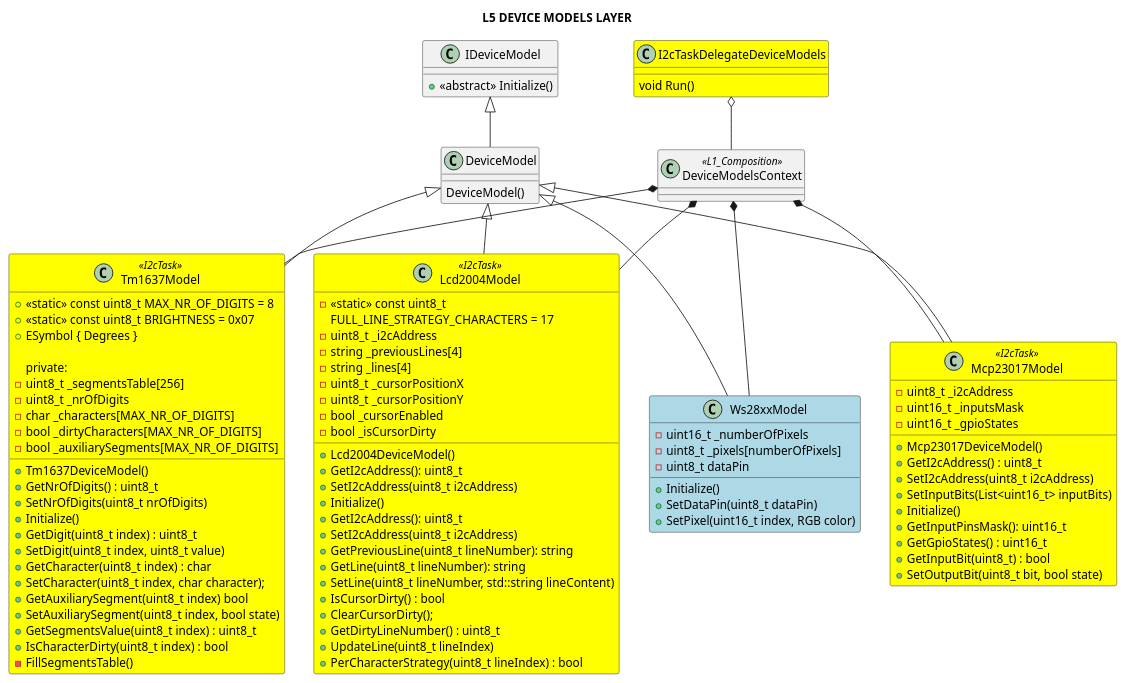
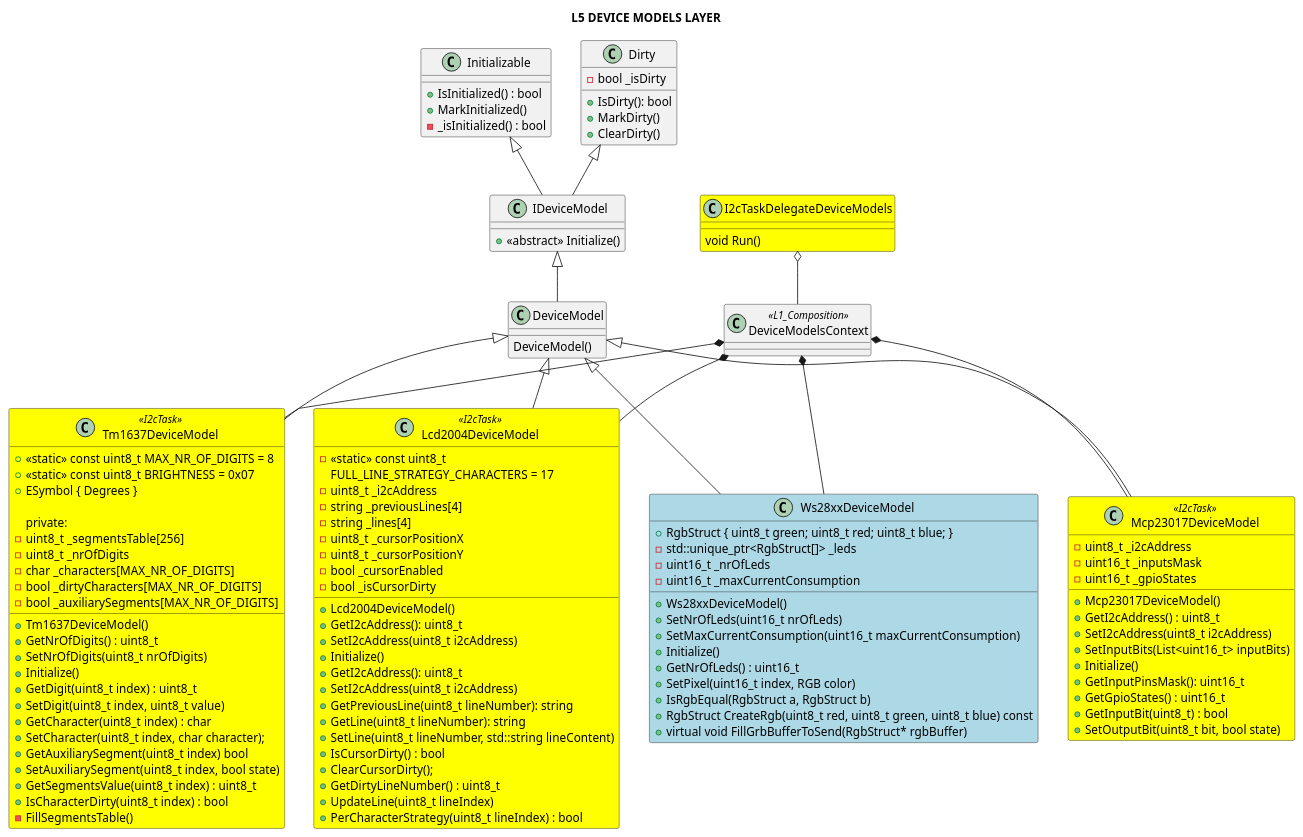
Before and after one commit to michelkeijzers/fraxis: the diagram in Docs/Software Design/Layers/L5_device_models_layer.puml, drawn with PlantUML. The commit also changed 18 other files, not shown here.

Commit message:
Updated UML and adapted small non functional changes

```diff
--- a/Docs/Software Design/Layers/L5_device_models_layer.puml
+++ b/Docs/Software Design/Layers/L5_device_models_layer.puml
@@ -1,124 +1,149 @@
 @startuml
 
 title L5 DEVICE MODELS LAYER
 
 skinparam packageStyle rectangle
 skinparam lineThickness 2
 
 class DeviceModelsContext <<L1_Composition>>
 {
 }
 
+class Dirty 
+{
+    + IsDirty(): bool
+    + MarkDirty()
+    + ClearDirty()
+    - bool _isDirty
+}
+
+class Initializable 
+{
+    + IsInitialized() : bool
+    + MarkInitialized()
+    - _isInitialized() : bool
+}
+
 class IDeviceModel
 {
     + <<abstract>> Initialize()
 }
+
+IDeviceModel -u-|> Dirty
+IDeviceModel -u-|> Initializable
 
 class DeviceModel 
 {
     DeviceModel()
 }
 
 DeviceModel -u-|> IDeviceModel
 
-class Ws28xxModel #lightblue
+class Ws28xxDeviceModel #lightblue
 {
-    - uint16_t _numberOfPixels
-    - uint8_t _pixels[numberOfPixels]
-    - uint8_t dataPin
+    + RgbStruct { uint8_t green; uint8_t red; uint8_t blue; }
+    + Ws28xxDeviceModel()
+    + SetNrOfLeds(uint16_t nrOfLeds)
+    + SetMaxCurrentConsumption(uint16_t maxCurrentConsumption)
     + Initialize()
-    + SetDataPin(uint8_t dataPin)
+    + GetNrOfLeds() : uint16_t
     + SetPixel(uint16_t index, RGB color)
+    + IsRgbEqual(RgbStruct a, RgbStruct b)
+    + RgbStruct CreateRgb(uint8_t red, uint8_t green, uint8_t blue) const
+    + virtual void FillGrbBufferToSend(RgbStruct* rgbBuffer)
+    - std::unique_ptr<RgbStruct[]> _leds
+    - uint16_t _nrOfLeds
+    - uint16_t _maxCurrentConsumption
 }
 
-Ws28xxModel -u-|> DeviceModel
+Ws28xxDeviceModel -u-|> DeviceModel
 
 class I2cTaskDelegateDeviceModels #yellow
 {
     void Run()
 }
 
-class Mcp23017Model <<I2cTask>> #yellow
+class Mcp23017DeviceModel <<I2cTask>> #yellow
 {
     + Mcp23017DeviceModel()
     + GetI2cAddress() : uint8_t
     + SetI2cAddress(uint8_t i2cAddress) 
     + SetInputBits(List<uint16_t> inputBits)
     + Initialize()
     + GetInputPinsMask(): uint16_t
     + GetGpioStates() : uint16_t
     + GetInputBit(uint8_t) : bool 
     + SetOutputBit(uint8_t bit, bool state)
     - uint8_t _i2cAddress
     - uint16_t _inputsMask
     - uint16_t _gpioStates
 }
 
-Mcp23017Model -u-|> DeviceModel
+Mcp23017DeviceModel -u-|> DeviceModel
 
-class Tm1637Model <<I2cTask>> #yellow
+class Tm1637DeviceModel <<I2cTask>> #yellow
 {
     + <<static>> const uint8_t MAX_NR_OF_DIGITS = 8
     + <<static>> const uint8_t BRIGHTNESS = 0x07
     + ESymbol { Degrees } 
     + Tm1637DeviceModel()
     + GetNrOfDigits() : uint8_t
     + SetNrOfDigits(uint8_t nrOfDigits)
     + Initialize()
     + GetDigit(uint8_t index) : uint8_t
     + SetDigit(uint8_t index, uint8_t value)
     + GetCharacter(uint8_t index) : char
     + SetCharacter(uint8_t index, char character);
     + GetAuxiliarySegment(uint8_t index) bool
     + SetAuxiliarySegment(uint8_t index, bool state)
     + GetSegmentsValue(uint8_t index) : uint8_t
     + IsCharacterDirty(uint8_t index) : bool
 
 private:
     - uint8_t _segmentsTable[256]
     - uint8_t _nrOfDigits
     - char _characters[MAX_NR_OF_DIGITS]
     - bool _dirtyCharacters[MAX_NR_OF_DIGITS]
     - bool _auxiliarySegments[MAX_NR_OF_DIGITS]
     - FillSegmentsTable()
 }
 
-Tm1637Model -u-|> DeviceModel
+Tm1637DeviceModel -u-|> DeviceModel
 
-class Lcd2004Model <<I2cTask>> #yellow
+class Lcd2004DeviceModel <<I2cTask>> #yellow
 {
     + Lcd2004DeviceModel()
     + GetI2cAddress(): uint8_t
     + SetI2cAddress(uint8_t i2cAddress)
     + Initialize()
     + GetI2cAddress(): uint8_t
     + SetI2cAddress(uint8_t i2cAddress) 
     + GetPreviousLine(uint8_t lineNumber): string
     + GetLine(uint8_t lineNumber): string
     + SetLine(uint8_t lineNumber, std::string lineContent)
     + IsCursorDirty() : bool
     + ClearCursorDirty();
     + GetDirtyLineNumber() : uint8_t
     + UpdateLine(uint8_t lineIndex)
     + PerCharacterStrategy(uint8_t lineIndex) : bool
     - <<static>> const uint8_t
         FULL_LINE_STRATEGY_CHARACTERS = 17
     - uint8_t _i2cAddress
     - string _previousLines[4]
     - string _lines[4]
     - uint8_t _cursorPositionX
     - uint8_t _cursorPositionY
     - bool _cursorEnabled
     - bool _isCursorDirty
 }
 
-Lcd2004Model -u-|> DeviceModel
+Lcd2004DeviceModel -u-|> DeviceModel
 
-DeviceModelsContext *-- Ws28xxModel
-DeviceModelsContext *-- Mcp23017Model
-DeviceModelsContext *-- Tm1637Model
-DeviceModelsContext *-- Lcd2004Model
+DeviceModelsContext *-- Ws28xxDeviceModel
+DeviceModelsContext *-- Mcp23017DeviceModel
+DeviceModelsContext *-- Tm1637DeviceModel
+DeviceModelsContext *-- Lcd2004DeviceModel
 
 I2cTaskDelegateDeviceModels o-- DeviceModelsContext
 
 @enduml
```
